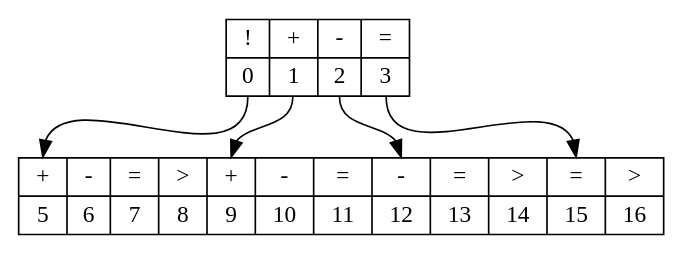
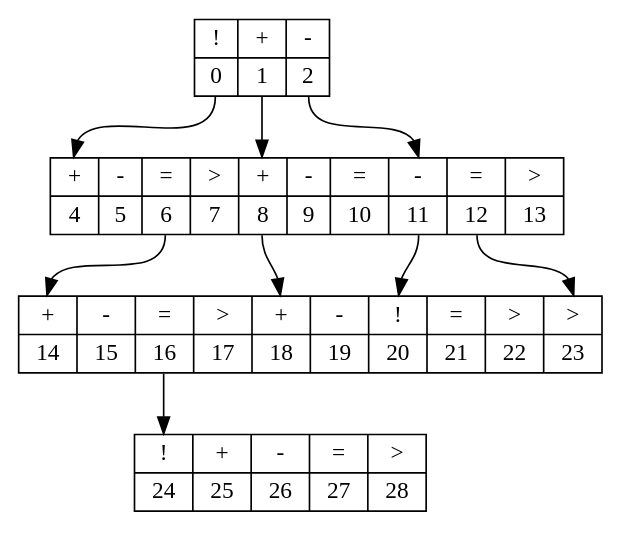
Before and after one commit to al-martyn1/umba-md-pp: the diagram in doc/trie_flat.dot, drawn with Graphviz. The commit also changed 5 other files, not shown here.

```diff
--- a/doc/trie_flat.dot
+++ b/doc/trie_flat.dot
@@ -1,14 +1,25 @@
 digraph structs {
     node [shape=record];
-    l1 [label="{!|<f0>0}|{+|<f1>1}|{-|<f2>2}|{=|<f3>3}"];
-    l2 [label="{<t5>+|<f5>5}|{<t6>-|<f6>6}|{<t7>=|<f7>7}|{<t8>\>|<f8>8}|{<t9>+|<f9>9}|{<t10>-|<f10>10}|{<t11>=|<f11>11}|{<t12>-|<f12>12}|{<t13>=|<f13>13}|{<t14>\>|<f14>14}|{<t15>=|<f15>15}|{<t16>\>|<f16>16}"]
+    l1 [label="{!|<f0>0}|{+|<f1>1}|{-|<f2>2}"]; //|{=|<f3>3}
+    l2 [label="{<t4>+|<f4>4}|{<t5>-|<f5>5}|{<t6>=|<f6>6}|{<t7>\>|<f7>7}|{<t8>+|<f8>8}|{<t9>-|<f9>9}|{<t10>=|<f10>10}|{<t11>-|<f11>11}|{<t12>=|<f12>12}|{<t13>\>|<f13>13}"] // |{<t15>=|<f15>15}|{<t16>\>|<f16>16}
+    l3 [label="{<t14>+|<f14>14}|{<t15>-|<f15>15}|{<t16>=|<f16>16}|{<t17>\>|<f17>17}|{<t18>+|<f18>18}|{<t19>-|<f19>19}|{<t20>!|<f20>20}|{<t21>=|<f21>21}|{<t22>\>|<f22>22}|{<t23>\>|<f23>23}"];
+    l4 [label="{<t24>!|<f24>24}|{<t25>+|<f25>25}|{<t26>-|<f26>26}|{<t27>=|<f27>27}|{<t28>\>|<f28>28}"];
 
-    l1:f0 -> l2:t5
-    l1:f1 -> l2:t9
-    l1:f2 -> l2:t12
-    l1:f3 -> l2:t15
+    l1:f0  -> l2:t4
+    l1:f1  -> l2:t8
+    l1:f2  -> l2:t11
+
+    l2:f6  -> l3:t14
+    l2:f8  -> l3:t18
+    l2:f11 -> l3:t20
+    l2:f12 -> l3:t23
+
+    l3:f16 -> l4:t24
+
+    //l1:f3 -> l2:t15
+
     //struct2 [label="<f0> one|<f1> two"];
     //struct3 [label="hello\nworld |{ b |{c|<here> d|e}| f}| g | h"];
     //l1:f1 -> struct2:f0;
     //l1:f2 -> struct3:here;
 }
```
